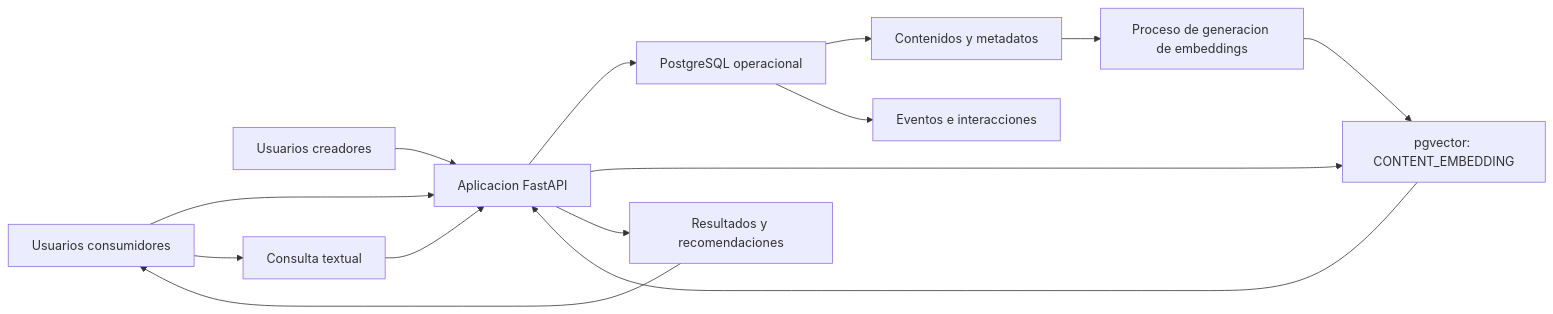
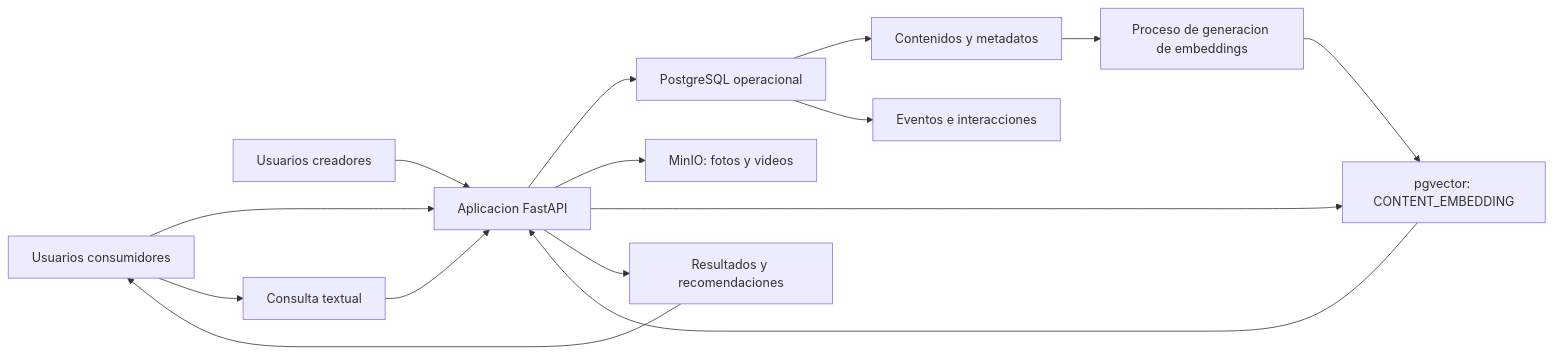
One commit to masouto94/ceia-bdia changed the diagram in tp_integrador/docs/arquitectura.md. Above: the diagram before and after it, drawn with Mermaid. The commit also changed other lines of this file and 2 other files, not shown here.

Commit message:
feat: mencionando MinIO en la docu

````diff
--- a/tp_integrador/docs/arquitectura.md
+++ b/tp_integrador/docs/arquitectura.md
@@ -9,16 +9,17 @@
 ```mermaid
 flowchart LR
     U[Usuarios consumidores] --> A[Aplicacion FastAPI]
     C[Usuarios creadores] --> A
     A --> O[PostgreSQL operacional]
     O --> T[Contenidos y metadatos]
     O --> E[Eventos e interacciones]
+    A --> M[MinIO: fotos y videos]
     T --> P[Proceso de generacion de embeddings]
     P --> V[pgvector: CONTENT_EMBEDDING]
     U --> Q[Consulta textual]
     Q --> A
     A --> V
     V --> A
     A --> R[Resultados y recomendaciones]
     R --> U
 ```
````
